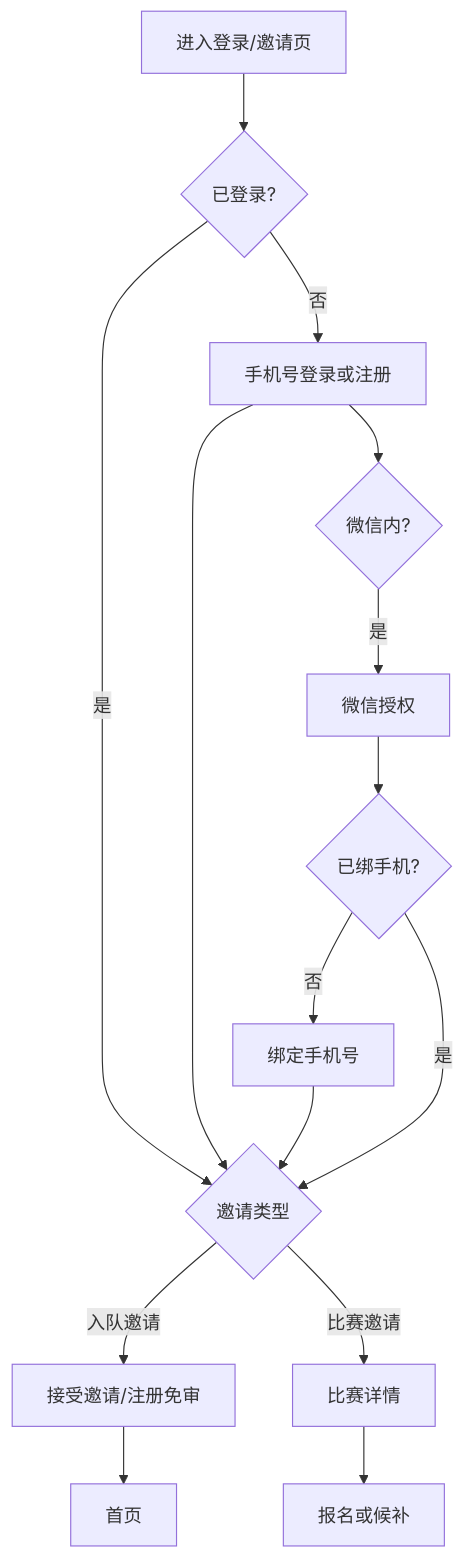
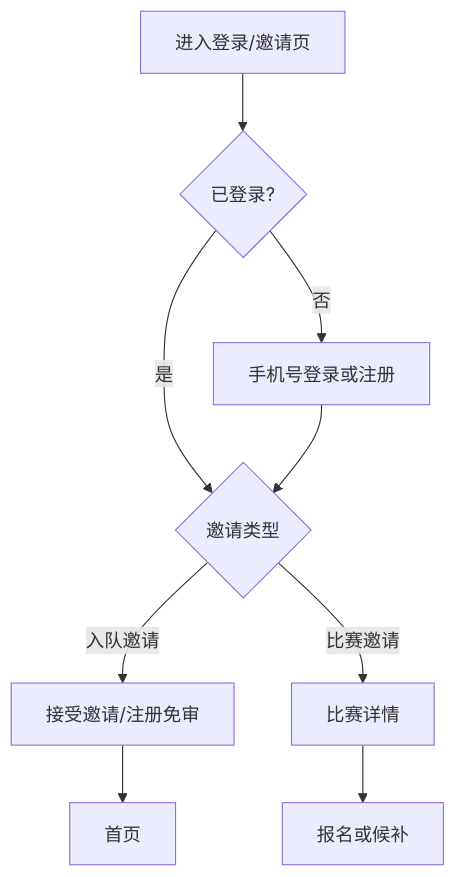
The third of 10 diagrams in docs/design/02.页面结构与交互设计.md (zhouyacheng/yunhefc), drawn with Mermaid before and after one commit. The commit also changed other lines of this file and 47 other files, not shown here.

````diff
--- a/docs/design/02.页面结构与交互设计.md
+++ b/docs/design/02.页面结构与交互设计.md
@@ -466,13 +505,9 @@
 ```mermaid
 flowchart TD
   A[进入登录/邀请页] --> B{已登录?}
   B -- 否 --> C[手机号登录或注册]
   B -- 是 --> D{邀请类型}
   C --> D
   D -- 入队邀请 --> E[接受邀请/注册免审] --> F[首页]
   D -- 比赛邀请 --> G[比赛详情] --> H[报名或候补]
-  C --> I{微信内?}
-  I -- 是 --> J[微信授权] --> K{已绑手机?}
-  K -- 否 --> L[绑定手机号] --> D
-  K -- 是 --> D
 ```
````
